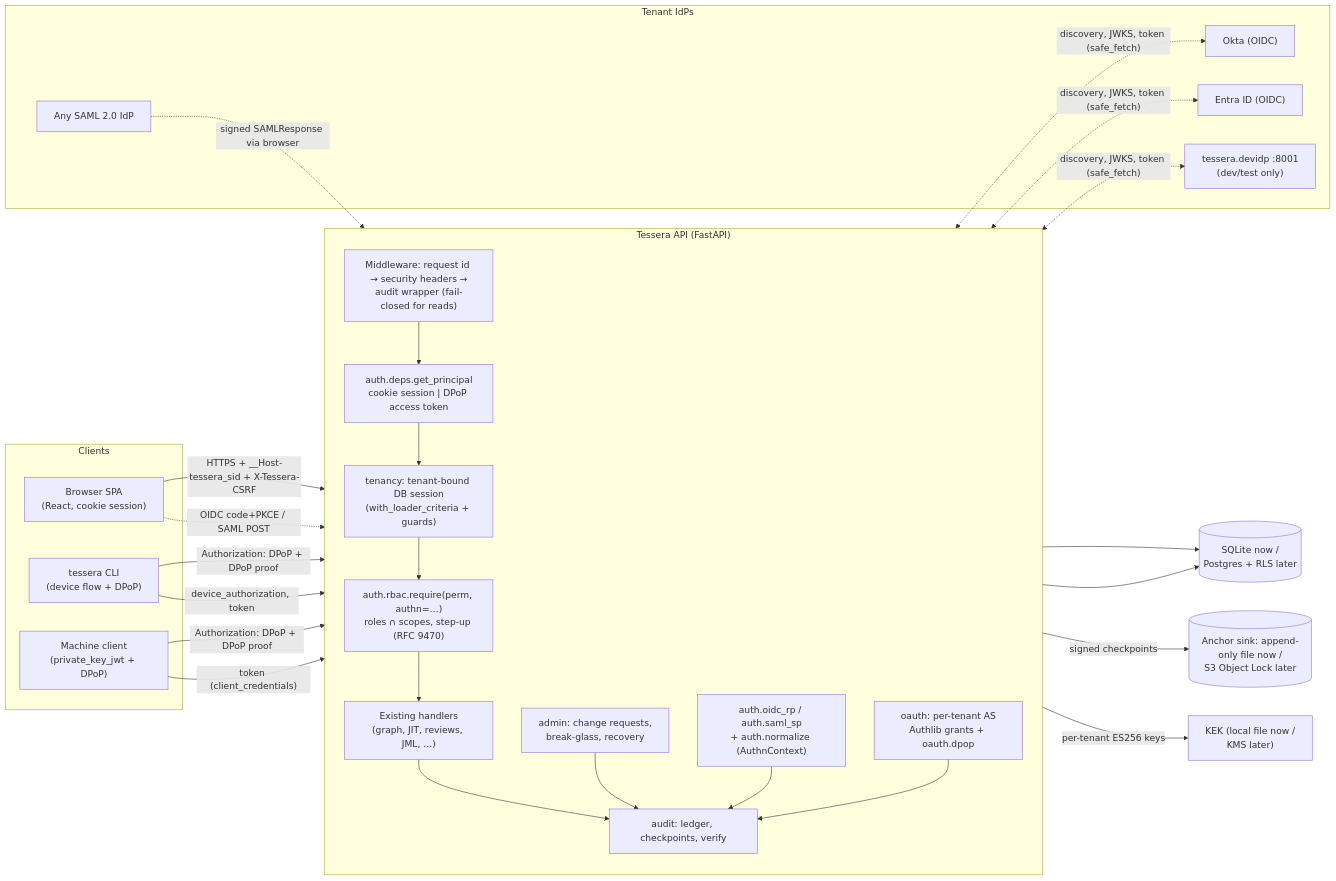
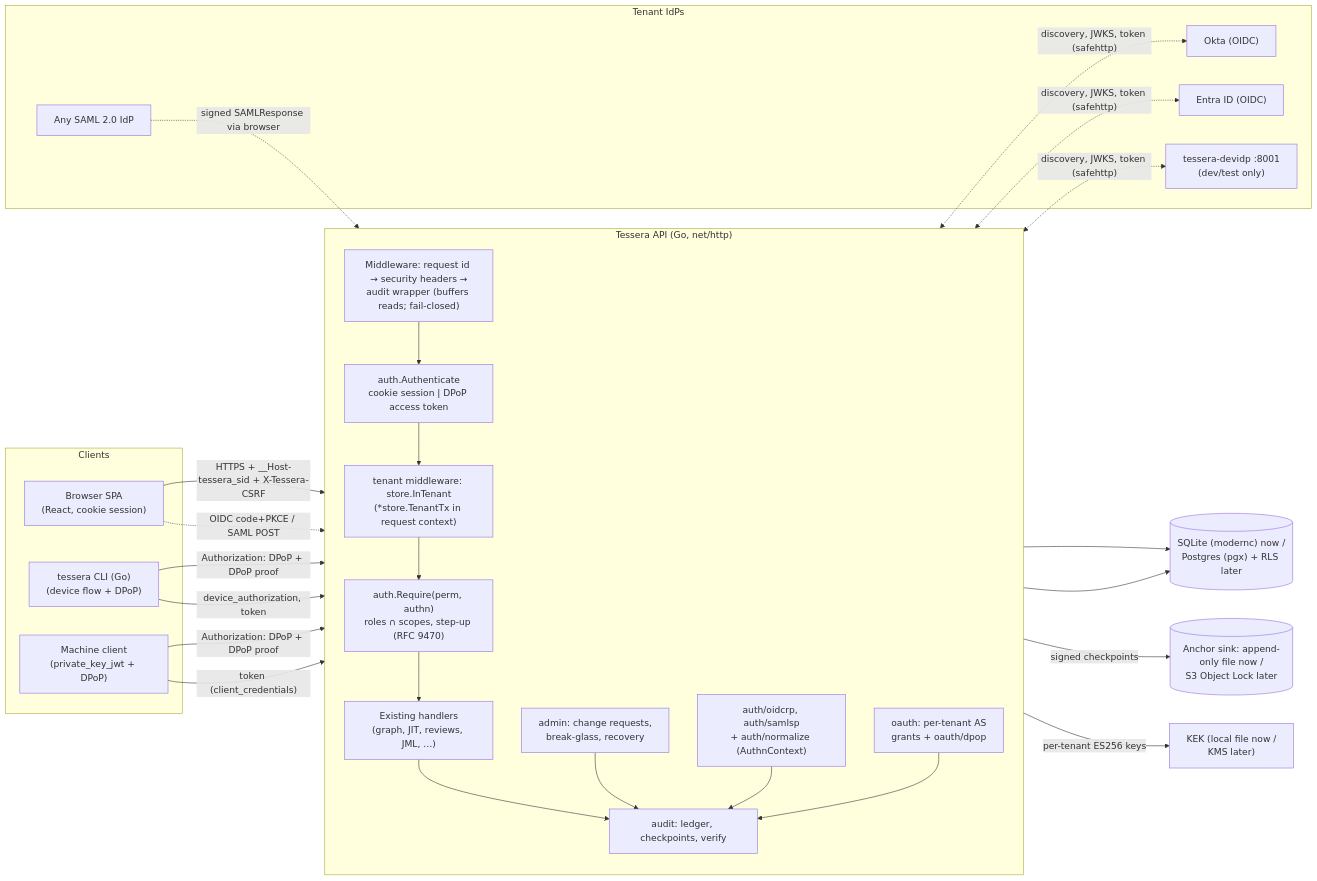
One commit to nischalravi/tessera changed the first of 5 diagrams in docs/design/phase-0-platform-security.md. Above: the diagram before and after it, drawn with Mermaid. The commit also changed other lines of this file, not shown here.

First line of the commit message:
Re-target Phase 0 platform security design to the Go backend

````diff
--- a/docs/design/phase-0-platform-security.md
+++ b/docs/design/phase-0-platform-security.md
@@ -153,50 +185,50 @@
 ```mermaid
 flowchart LR
   subgraph Clients
     B["Browser SPA<br/>(React, cookie session)"]
-    CLI["tessera CLI<br/>(device flow + DPoP)"]
+    CLI["tessera CLI (Go)<br/>(device flow + DPoP)"]
     M["Machine client<br/>(private_key_jwt + DPoP)"]
   end
 
   subgraph IdPs["Tenant IdPs"]
     OKTA["Okta (OIDC)"]
     ENTRA["Entra ID (OIDC)"]
     SAMLIDP["Any SAML 2.0 IdP"]
-    DEV["tessera.devidp :8001<br/>(dev/test only)"]
+    DEV["tessera-devidp :8001<br/>(dev/test only)"]
   end
 
-  subgraph API["Tessera API (FastAPI)"]
+  subgraph API["Tessera API (Go, net/http)"]
     direction TB
-    MW["Middleware: request id → security headers →<br/>audit wrapper (fail-closed for reads)"]
-    AUTHN["auth.deps.get_principal<br/>cookie session | DPoP access token"]
-    TEN["tenancy: tenant-bound DB session<br/>(with_loader_criteria + guards)"]
-    AUTHZ["auth.rbac.require(perm, authn=…)<br/>roles ∩ scopes, step-up (RFC 9470)"]
+    MW["Middleware: request id → security headers →<br/>audit wrapper (buffers reads; fail-closed)"]
+    AUTHN["auth.Authenticate<br/>cookie session | DPoP access token"]
+    TEN["tenant middleware: store.InTenant<br/>(*store.TenantTx in request context)"]
+    AUTHZ["auth.Require(perm, authn)<br/>roles ∩ scopes, step-up (RFC 9470)"]
     H["Existing handlers<br/>(graph, JIT, reviews, JML, …)"]
-    RP["auth.oidc_rp / auth.saml_sp<br/>+ auth.normalize (AuthnContext)"]
-    AS["oauth: per-tenant AS<br/>Authlib grants + oauth.dpop"]
+    RP["auth/oidcrp, auth/samlsp<br/>+ auth/normalize (AuthnContext)"]
+    AS["oauth: per-tenant AS<br/>grants + oauth/dpop"]
     ADM["admin: change requests,<br/>break-glass, recovery"]
     AUD["audit: ledger, checkpoints, verify"]
   end
 
-  DB[("SQLite now /<br/>Postgres + RLS later")]
+  DB[("SQLite (modernc) now /<br/>Postgres (pgx) + RLS later")]
   KEK["KEK (local file now /<br/>KMS later)"]
   ANCH[("Anchor sink: append-only file now /<br/>S3 Object Lock later")]
 
   B -- "HTTPS + __Host-tessera_sid + X-Tessera-CSRF" --> MW
   CLI -- "Authorization: DPoP + DPoP proof" --> MW
   M -- "Authorization: DPoP + DPoP proof" --> MW
   MW --> AUTHN --> TEN --> AUTHZ --> H
   B -. "OIDC code+PKCE / SAML POST" .-> RP
-  RP <-. "discovery, JWKS, token (safe_fetch)" .-> OKTA & ENTRA & DEV
+  RP <-. "discovery, JWKS, token (safehttp)" .-> OKTA & ENTRA & DEV
   SAMLIDP -. "signed SAMLResponse via browser" .-> RP
   CLI -- "device_authorization, token" --> AS
   M -- "token (client_credentials)" --> AS
   H --> AUD
   ADM --> AUD
   RP --> AUD
   AS --> AUD
   TEN --> DB
   AUD --> DB
   AUD -- "signed checkpoints" --> ANCH
   AS -- "per-tenant ES256 keys" --> KEK
 ```
````
